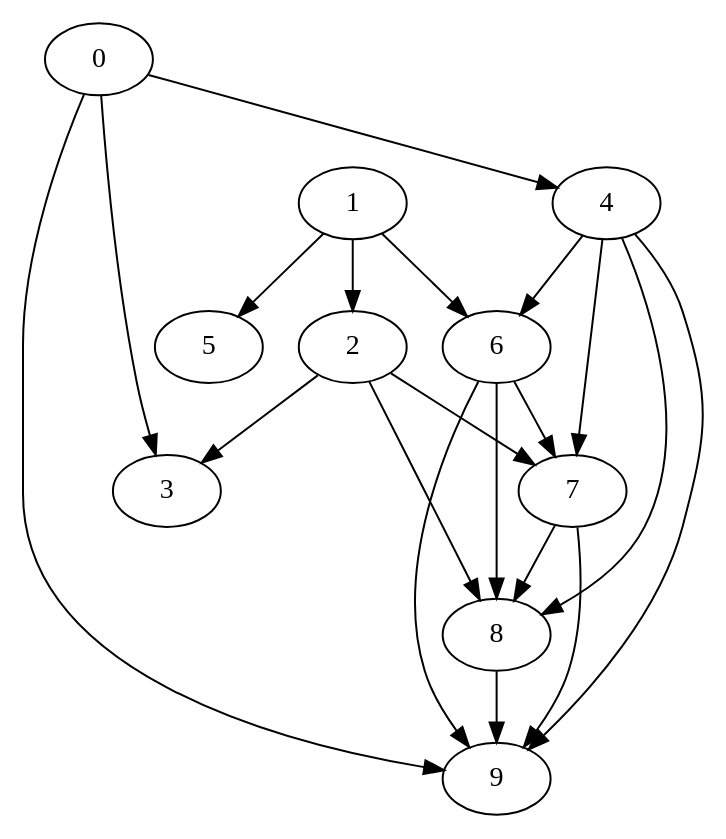
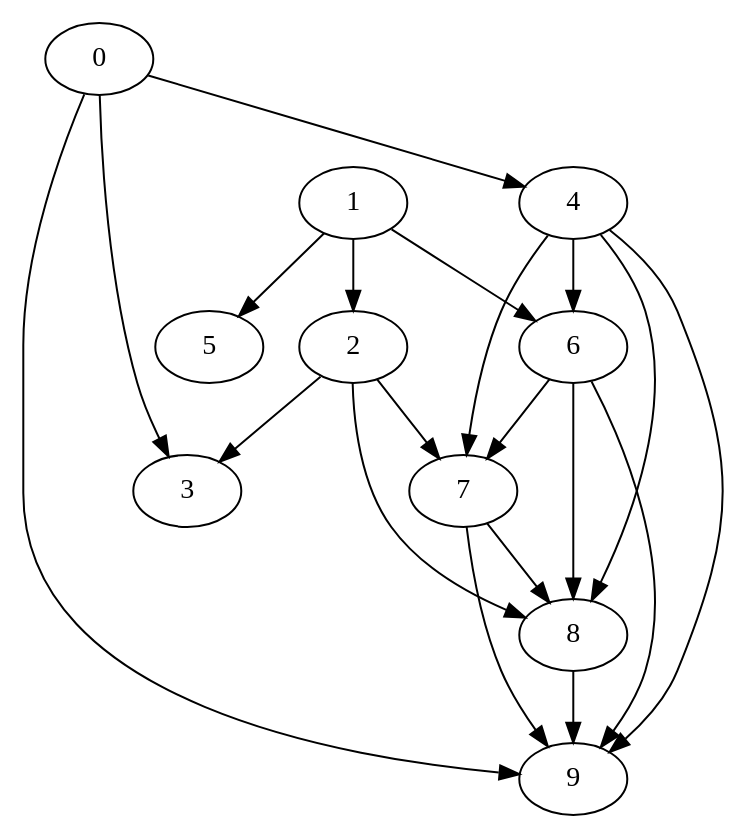
One commit to ChenTheHolyKnight/SOFTENG306p1 changed the diagram in src/main/resources/sample_inputs/Nodes_10_Random-output.dot. Above: the diagram before and after it, drawn with Graphviz. The commit also changed 4 other files, not shown here.

```diff
--- a/src/main/resources/sample_inputs/Nodes_10_Random-output.dot
+++ b/src/main/resources/sample_inputs/Nodes_10_Random-output.dot
@@ -1,31 +1,31 @@
 digraph "Random_Nodes_10_Density_1.90_CCR_10.00_WeightType_Random" {
-	1	[Weight=5,Start=9,Processor=3];
-	2	[Weight=5,Start=22,Processor=3];
-	7	[Weight=3,Start=27,Processor=3];
-	6	[Weight=8,Start=14,Processor=3];
-	5	[Weight=7,Start=33,Processor=2];
-	3	[Weight=10,Start=40,Processor=2];
-	4	[Weight=3,Start=6,Processor=3];
-	9	[Weight=8,Start=38,Processor=3];
-	8	[Weight=8,Start=30,Processor=3];
-	0	[Weight=6,Start=0,Processor=3];
+	0	[Weight=6,Start=0,Processor=1];
+	4	[Weight=3,Start=16,Processor=1];
+	1	[Weight=5,Start=6,Processor=1];
+	6	[Weight=8,Start=19,Processor=1];
+	2	[Weight=5,Start=11,Processor=1];
+	9	[Weight=8,Start=38,Processor=1];
+	5	[Weight=7,Start=30,Processor=2];
+	7	[Weight=3,Start=27,Processor=1];
+	8	[Weight=8,Start=30,Processor=1];
+	3	[Weight=10,Start=40,Processor=3];
+	0 -> 4	[Weight=24];
+	0 -> 9	[Weight=44];
+	0 -> 3	[Weight=34];
+	4 -> 7	[Weight=48];
+	4 -> 8	[Weight=48];
+	4 -> 6	[Weight=10];
+	4 -> 9	[Weight=39];
+	1 -> 6	[Weight=39];
 	1 -> 2	[Weight=48];
-	1 -> 6	[Weight=39];
 	1 -> 5	[Weight=19];
+	6 -> 7	[Weight=15];
+	6 -> 8	[Weight=39];
+	6 -> 9	[Weight=29];
+	2 -> 3	[Weight=10];
 	2 -> 7	[Weight=48];
-	2 -> 3	[Weight=10];
 	2 -> 8	[Weight=48];
 	7 -> 8	[Weight=15];
 	7 -> 9	[Weight=34];
-	6 -> 7	[Weight=15];
-	6 -> 9	[Weight=29];
-	6 -> 8	[Weight=39];
-	4 -> 9	[Weight=39];
-	4 -> 8	[Weight=48];
-	4 -> 6	[Weight=10];
-	4 -> 7	[Weight=48];
 	8 -> 9	[Weight=39];
-	0 -> 9	[Weight=44];
-	0 -> 3	[Weight=34];
-	0 -> 4	[Weight=24];
 }
```
